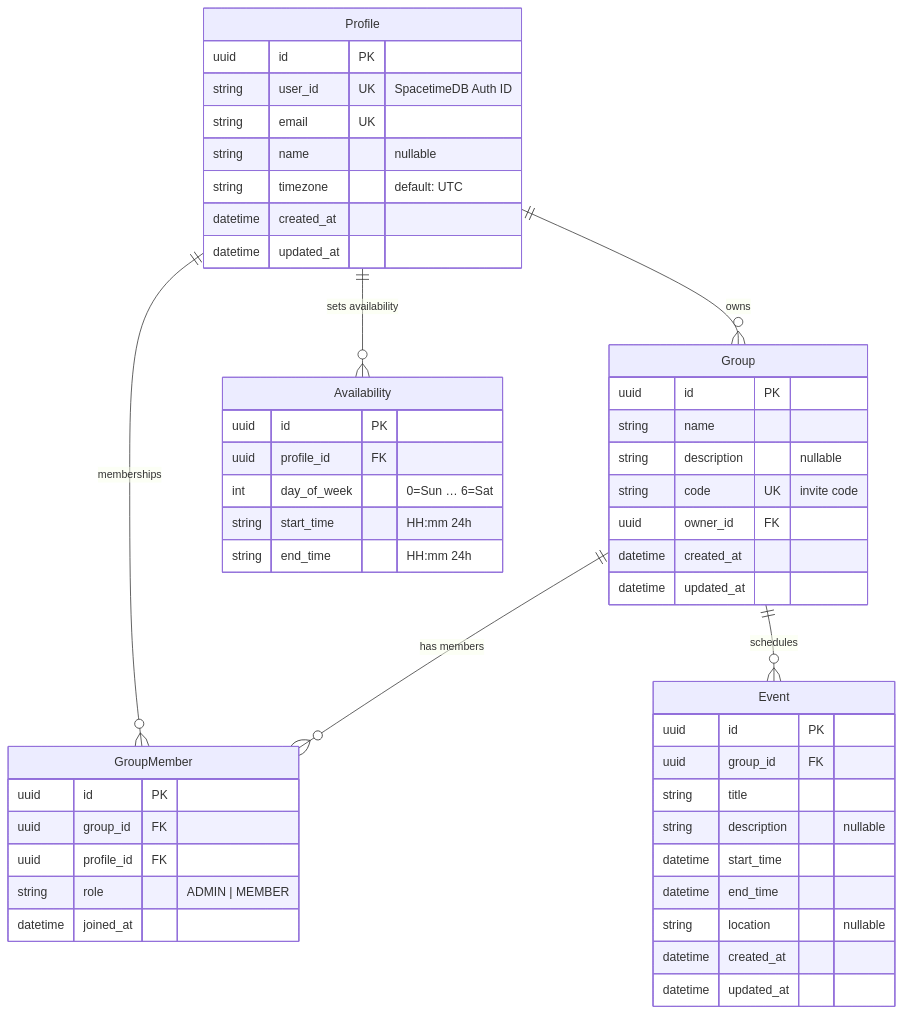
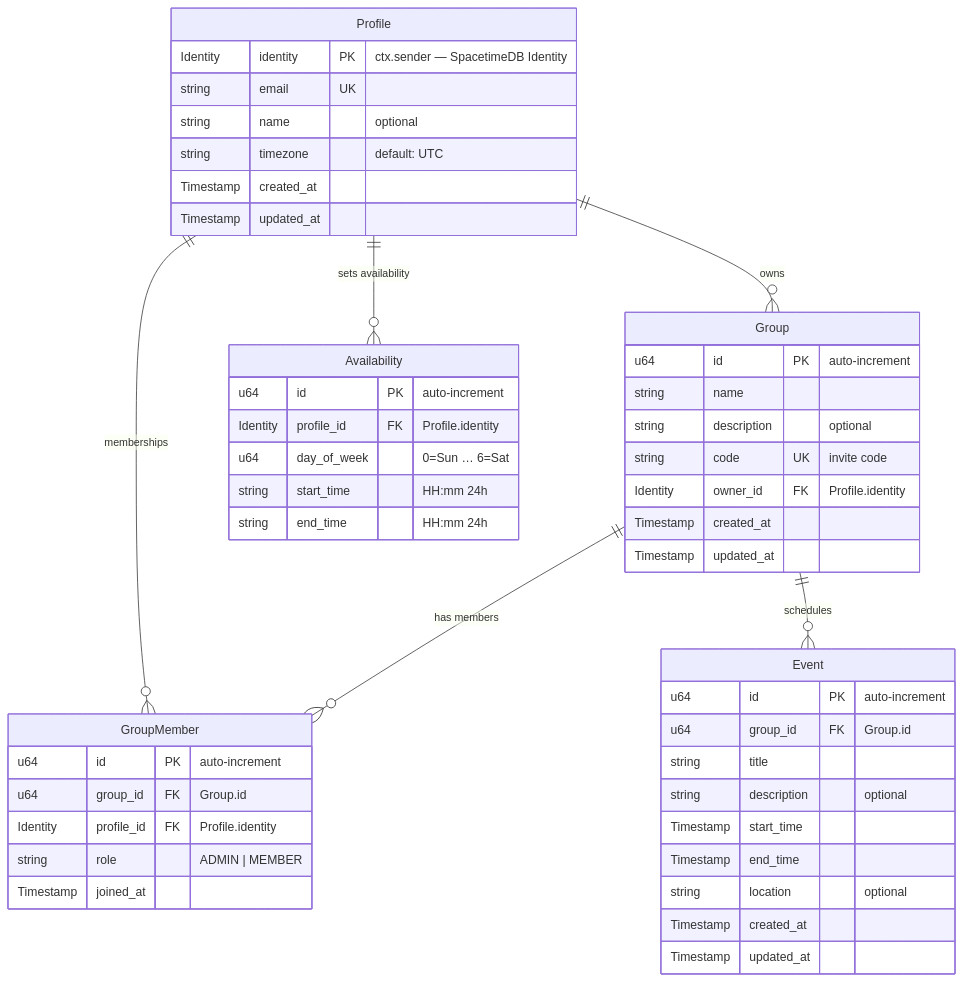
One commit to Se7enSe7enSe7en/time-sync-event-scheduler changed the diagram in specs/erd.md. Above: the diagram before and after it, drawn with Mermaid. The commit also changed other lines of this file and 2 other files, not shown here.

Commit message:
spec(ai): let AI polish spec changes

````diff
--- a/specs/erd.md
+++ b/specs/erd.md
@@ -3,58 +6,57 @@
 ```mermaid
 erDiagram
     direction TB
 
     Profile {
-        uuid id PK
-        string user_id UK "SpacetimeDB Auth ID"
+        Identity identity PK "ctx.sender — SpacetimeDB Identity"
         string email UK
-        string name "nullable"
+        string name "optional"
         string timezone "default: UTC"
-        datetime created_at
-        datetime updated_at
+        Timestamp created_at
+        Timestamp updated_at
     }
 
     Group {
-        uuid id PK
+        u64 id PK "auto-increment"
         string name
-        string description "nullable"
+        string description "optional"
         string code UK "invite code"
-        uuid owner_id FK
-        datetime created_at
-        datetime updated_at
+        Identity owner_id FK "Profile.identity"
+        Timestamp created_at
+        Timestamp updated_at
     }
 
     GroupMember {
-        uuid id PK
-        uuid group_id FK
-        uuid profile_id FK
+        u64 id PK "auto-increment"
+        u64 group_id FK "Group.id"
+        Identity profile_id FK "Profile.identity"
         string role "ADMIN | MEMBER"
-        datetime joined_at
+        Timestamp joined_at
     }
 
     Availability {
-        uuid id PK
-        uuid profile_id FK
-        int day_of_week "0=Sun … 6=Sat"
+        u64 id PK "auto-increment"
+        Identity profile_id FK "Profile.identity"
+        u64 day_of_week "0=Sun … 6=Sat"
         string start_time "HH:mm 24h"
         string end_time "HH:mm 24h"
     }
 
     Event {
-        uuid id PK
-        uuid group_id FK
+        u64 id PK "auto-increment"
+        u64 group_id FK "Group.id"
         string title
-        string description "nullable"
-        datetime start_time
-        datetime end_time
-        string location "nullable"
-        datetime created_at
-        datetime updated_at
+        string description "optional"
+        Timestamp start_time
+        Timestamp end_time
+        string location "optional"
+        Timestamp created_at
+        Timestamp updated_at
     }
 
     Profile ||--o{ Group : "owns"
     Profile ||--o{ GroupMember : "memberships"
     Profile ||--o{ Availability : "sets availability"
     Group ||--o{ GroupMember : "has members"
     Group ||--o{ Event : "schedules"
 ```
````
